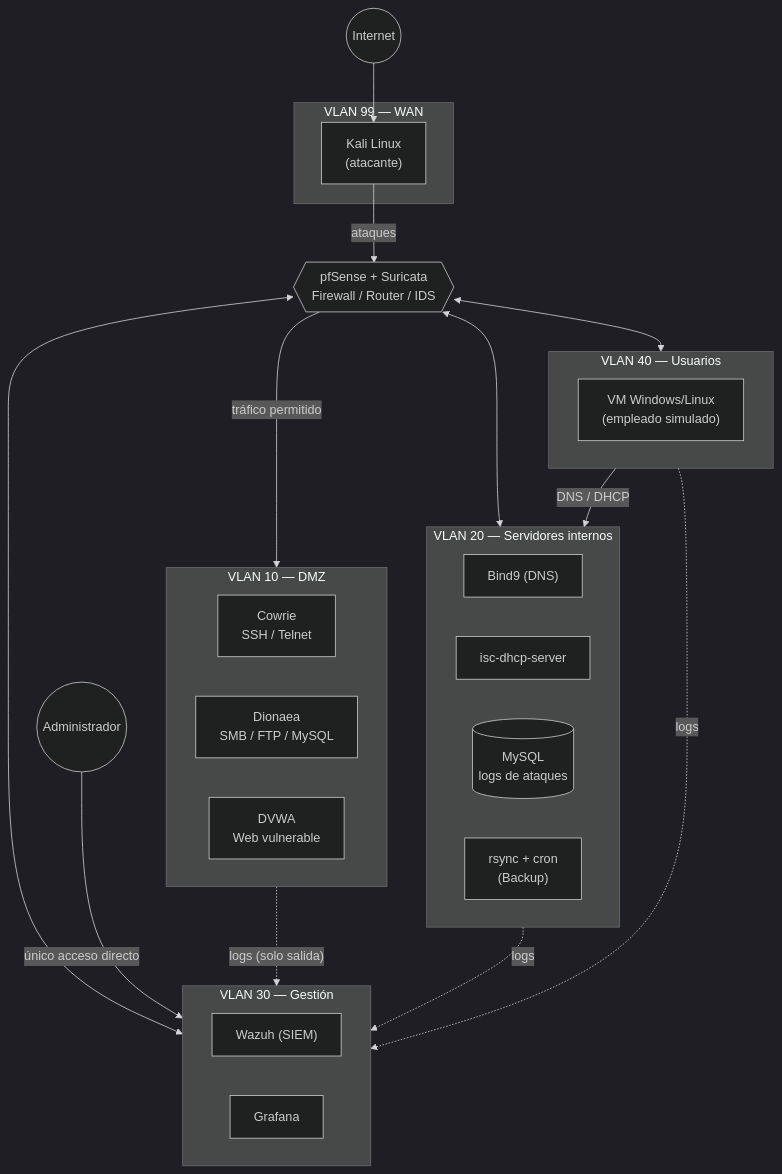
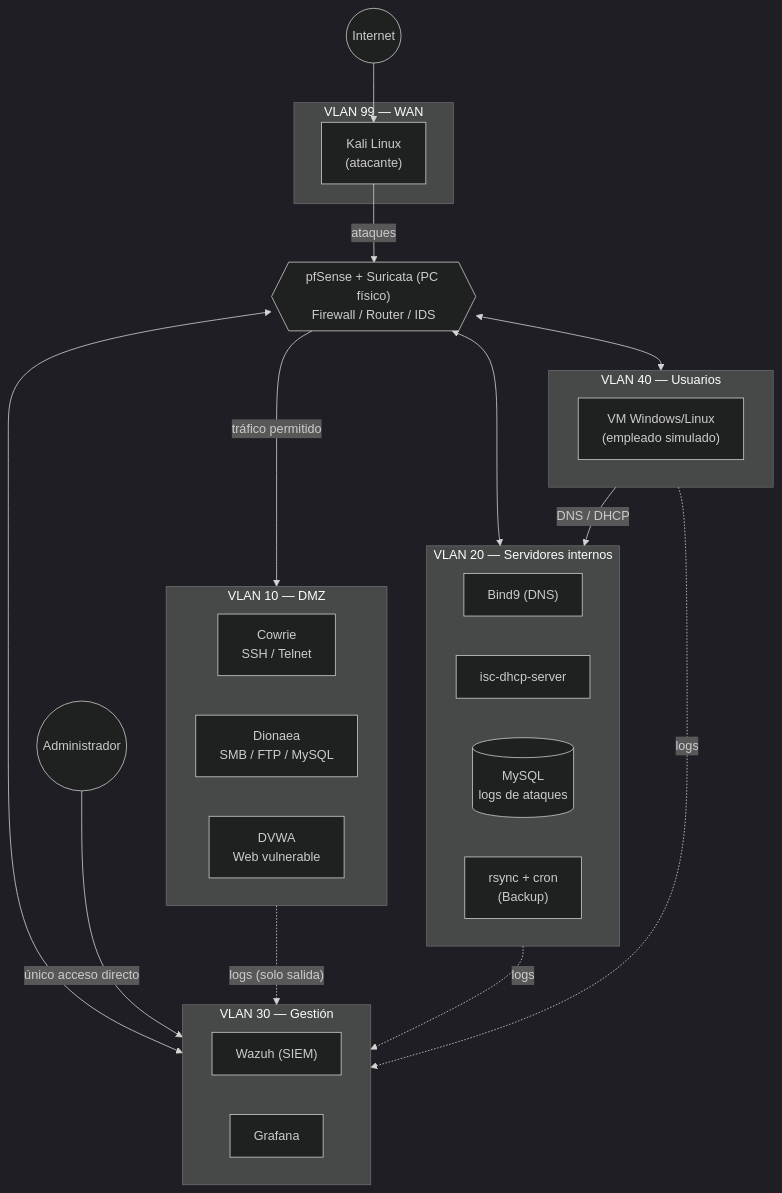
The diagram in docs/honeynet/introduccion-al-proyecto/diagrama-de-red.md (alexnaranjooo/APUNTES-ASIX), drawn with Mermaid (dark theme) before and after one commit. The commit also changed other lines of this file and 12 other files, not shown here.

````diff
--- a/docs/honeynet/introduccion-al-proyecto/diagrama-de-red.md
+++ b/docs/honeynet/introduccion-al-proyecto/diagrama-de-red.md
@@ -11,48 +11,48 @@
 ```mermaid
 flowchart TB
     INTERNET(("Internet"))
 
     subgraph WAN["VLAN 99 — WAN"]
         KALI["Kali Linux<br/>(atacante)"]
     end
 
-    PF{{"pfSense + Suricata<br/>Firewall / Router / IDS"}}
+    PF{{"pfSense + Suricata (PC físico)<br/>Firewall / Router / IDS"}}
 
     subgraph DMZ["VLAN 10 — DMZ"]
         COWRIE["Cowrie<br/>SSH / Telnet"]
         DIONAEA["Dionaea<br/>SMB / FTP / MySQL"]
         DVWA["DVWA<br/>Web vulnerable"]
     end
 
     subgraph SRV["VLAN 20 — Servidores internos"]
         DNS["Bind9 (DNS)"]
         DHCP["isc-dhcp-server"]
         MYSQL[("MySQL<br/>logs de ataques")]
         BACKUP["rsync + cron<br/>(Backup)"]
     end
 
     subgraph MGMT["VLAN 30 — Gestión"]
         WAZUH["Wazuh (SIEM)"]
         GRAFANA["Grafana"]
     end
 
     subgraph USERS["VLAN 40 — Usuarios"]
         CLIENT["VM Windows/Linux<br/>(empleado simulado)"]
     end
 
     ADMIN(("Administrador"))
 
     INTERNET --> KALI
     KALI -- "ataques" --> PF
     PF -- "tráfico permitido" --> DMZ
     PF <--> SRV
     PF <--> MGMT
     PF <--> USERS
 
     USERS -- "DNS / DHCP" --> SRV
     ADMIN -- "único acceso directo" --> MGMT
 
     DMZ -. "logs (solo salida)" .-> MGMT
     SRV -. "logs" .-> MGMT
     USERS -. "logs" .-> MGMT
 ```
````
